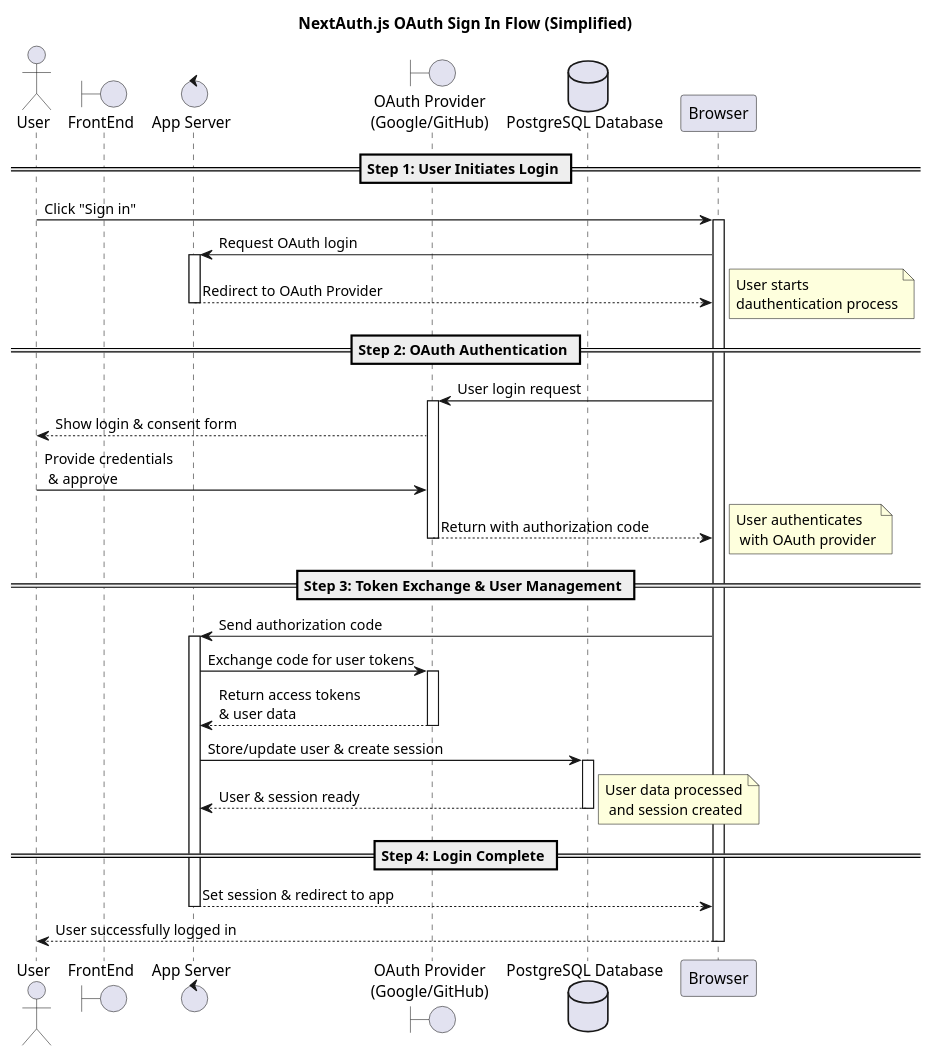
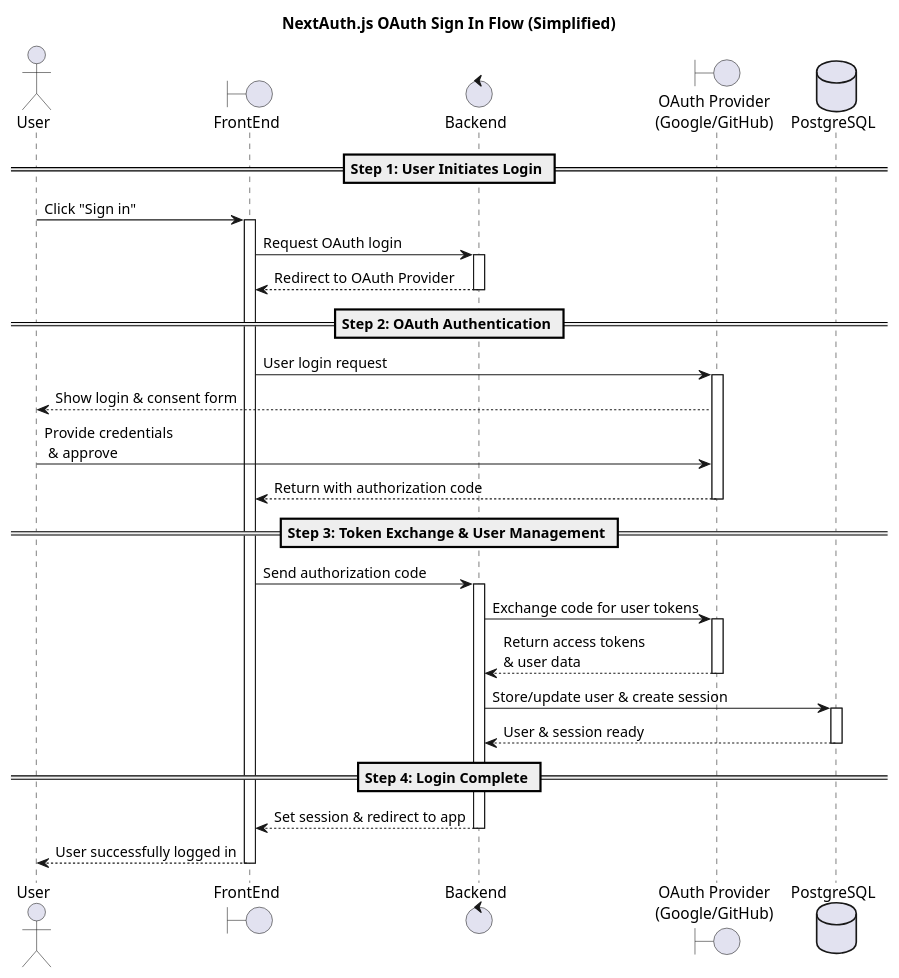
Before and after one commit to souhaib-askri/report_pfe: the diagram in conception/SprintII/sequence_diagrams/sequence_authentication_1_1_AuthenticateUsingGoogleAccount.puml, drawn with PlantUML. The commit also changed 1100 other files, not shown here.

Commit message:
report: fix some diagrams

```diff
--- a/conception/SprintII/sequence_diagrams/sequence_authentication_1_1_AuthenticateUsingGoogleAccount.puml
+++ b/conception/SprintII/sequence_diagrams/sequence_authentication_1_1_AuthenticateUsingGoogleAccount.puml
@@ -1,49 +1,49 @@
 @startuml
 title NextAuth.js OAuth Sign In Flow (Simplified)
 
 actor User
 boundary FrontEnd
-control "App Server" as AppServer
+control "Backend" as AppServer
 boundary "OAuth Provider\n(Google/GitHub)" as Provider
-database "PostgreSQL Database" as PostgresDB
+database "PostgreSQL" as PostgresDB
 
 == Step 1: User Initiates Login ==
-User -> Browser: Click "Sign in"
-activate Browser
-Browser -> AppServer: Request OAuth login
+User -> FrontEnd: Click "Sign in"
+activate FrontEnd
+FrontEnd -> AppServer: Request OAuth login
 activate AppServer
-AppServer --> Browser: Redirect to OAuth Provider
+AppServer --> FrontEnd: Redirect to OAuth Provider
 deactivate AppServer
-note right: User starts \ndauthentication process
+
 
 == Step 2: OAuth Authentication ==
-Browser -> Provider: User login request
+FrontEnd -> Provider: User login request
 activate Provider
 Provider --> User: Show login & consent form
 User -> Provider: Provide credentials\n & approve
-Provider --> Browser: Return with authorization code
+Provider --> FrontEnd: Return with authorization code
 deactivate Provider
-note right: User authenticates\n with OAuth provider
+
 
 == Step 3: Token Exchange & User Management ==
-Browser -> AppServer: Send authorization code
+FrontEnd -> AppServer: Send authorization code
 activate AppServer
 AppServer -> Provider: Exchange code for user tokens
 activate Provider
 Provider --> AppServer: Return access tokens \n& user data
 deactivate Provider
 
 AppServer -> PostgresDB: Store/update user & create session
 activate PostgresDB
 PostgresDB --> AppServer: User & session ready
 deactivate PostgresDB
-note right: User data processed\n and session created
+
 
 == Step 4: Login Complete ==
-AppServer --> Browser: Set session & redirect to app
+AppServer --> FrontEnd: Set session & redirect to app
 deactivate AppServer
-Browser --> User: User successfully logged in
-deactivate Browser
+FrontEnd --> User: User successfully logged in
+deactivate FrontEnd
 
 
 @enduml
```
